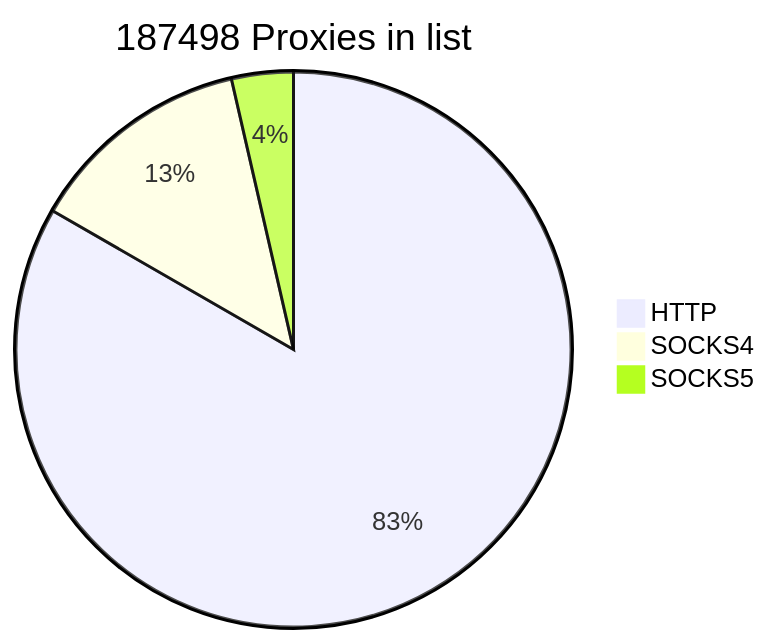
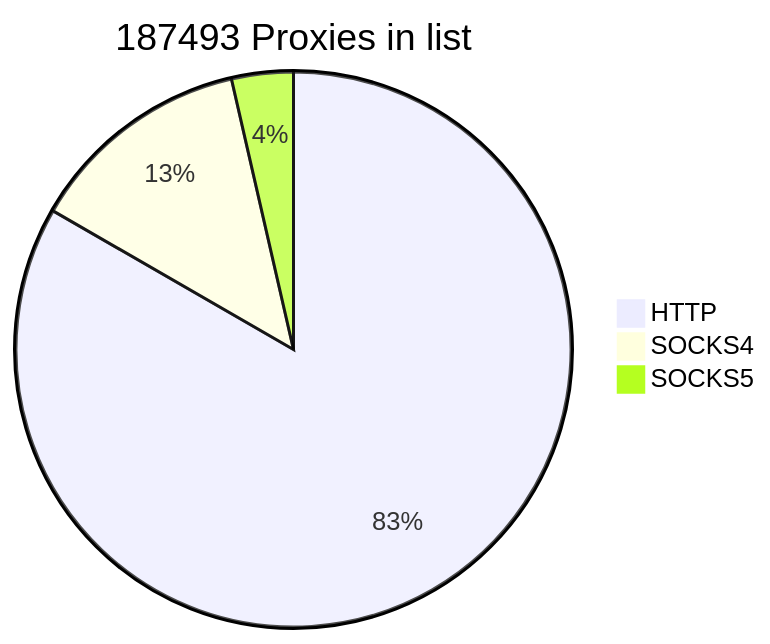
Before and after one commit to cutipu/proxylist: the first of 2 diagrams in README.md, drawn with Mermaid. The commit also changed other lines of this file, not shown here.

````diff
--- a/README.md
+++ b/README.md
@@ -2,7 +2,7 @@
 ```mermaid
-pie title 187498 Proxies in list
+pie title 187493 Proxies in list
     "HTTP" : 156223
-    "SOCKS4" : 24545
-    "SOCKS5" : 6730
+    "SOCKS4" : 24544
+    "SOCKS5" : 6726
             
 ```
````
